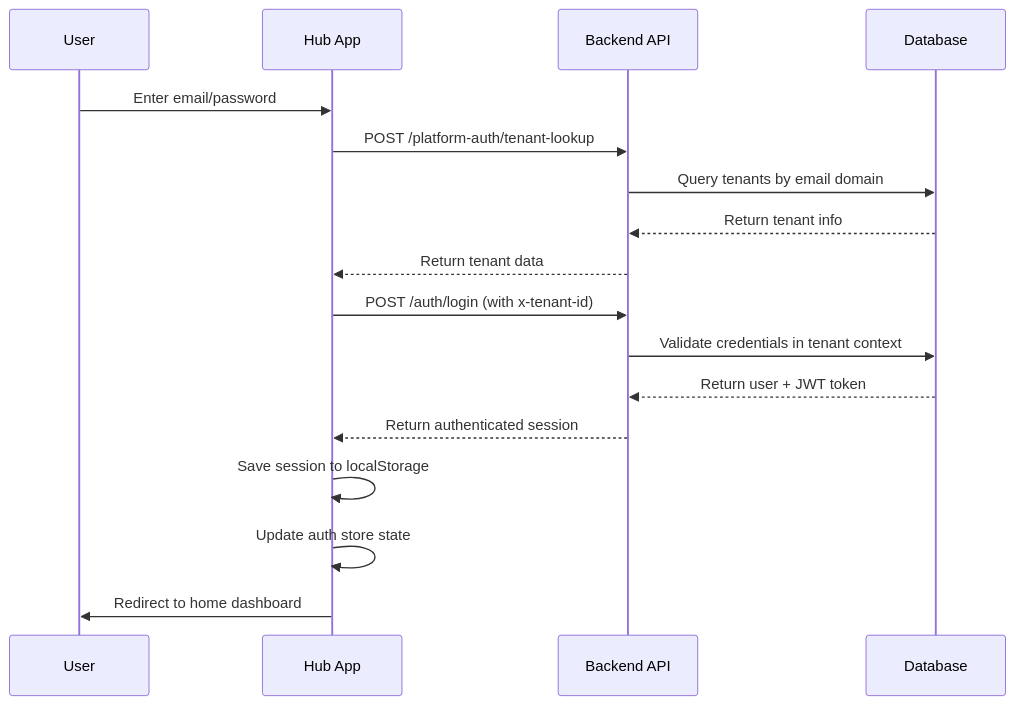
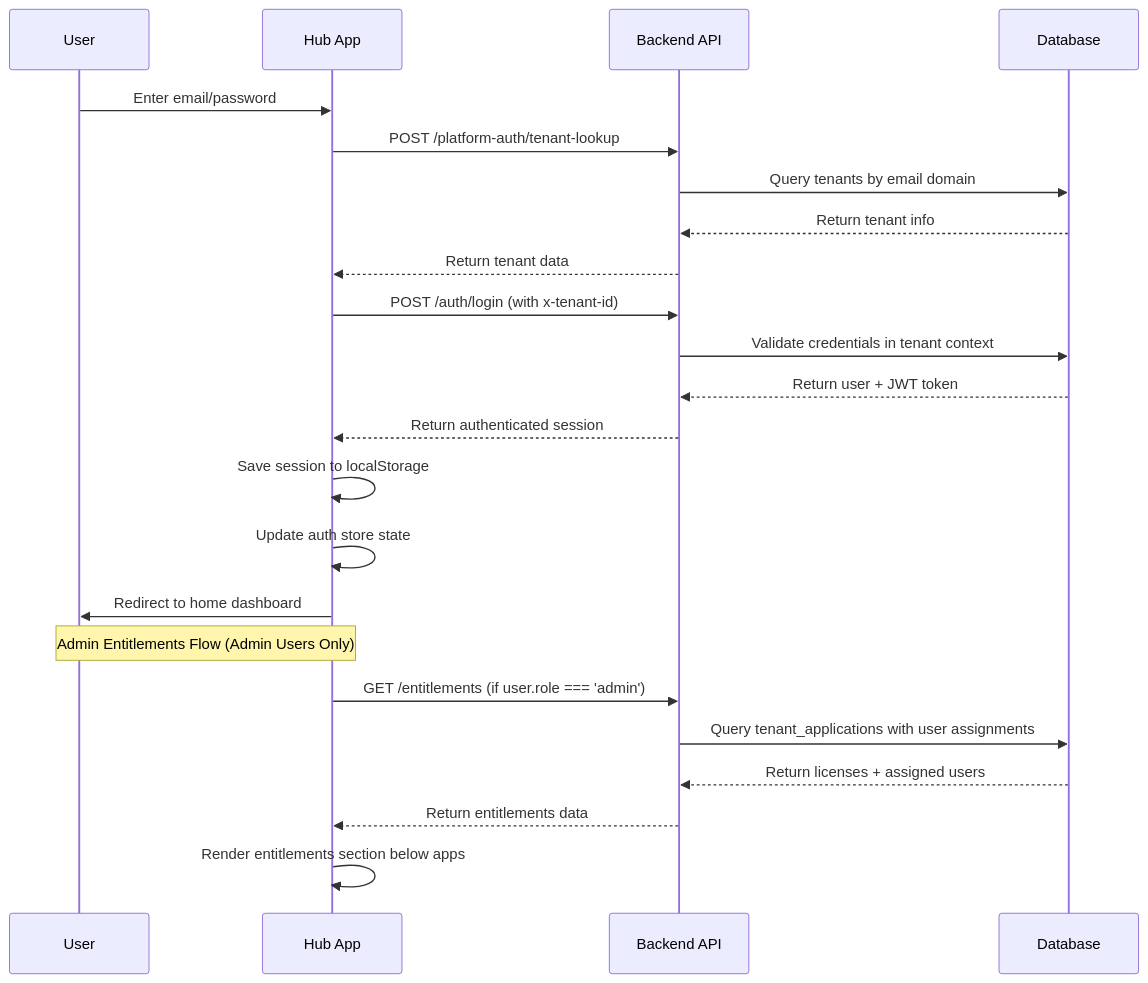
One commit to andremelo97/simplia-paas changed the first of 2 diagrams in docs/hub-audit.md. Above: the diagram before and after it, drawn with Mermaid. The commit also changed other lines of this file and 16 other files, not shown here.

````diff
--- a/docs/hub-audit.md
+++ b/docs/hub-audit.md
@@ -176,22 +243,29 @@
 ```mermaid
 sequenceDiagram
     participant U as User
     participant H as Hub App
     participant API as Backend API
     participant DB as Database
 
     U->>H: Enter email/password
     H->>API: POST /platform-auth/tenant-lookup
     API->>DB: Query tenants by email domain
     DB-->>API: Return tenant info
     API-->>H: Return tenant data
 
     H->>API: POST /auth/login (with x-tenant-id)
     API->>DB: Validate credentials in tenant context
     DB-->>API: Return user + JWT token
     API-->>H: Return authenticated session
 
     H->>H: Save session to localStorage
     H->>H: Update auth store state
     H->>U: Redirect to home dashboard
+
+    Note over H,U: Admin Entitlements Flow (Admin Users Only)
+    H->>API: GET /entitlements (if user.role === 'admin')
+    API->>DB: Query tenant_applications with user assignments
+    DB-->>API: Return licenses + assigned users
+    API-->>H: Return entitlements data
+    H->>H: Render entitlements section below apps
 ```
````
